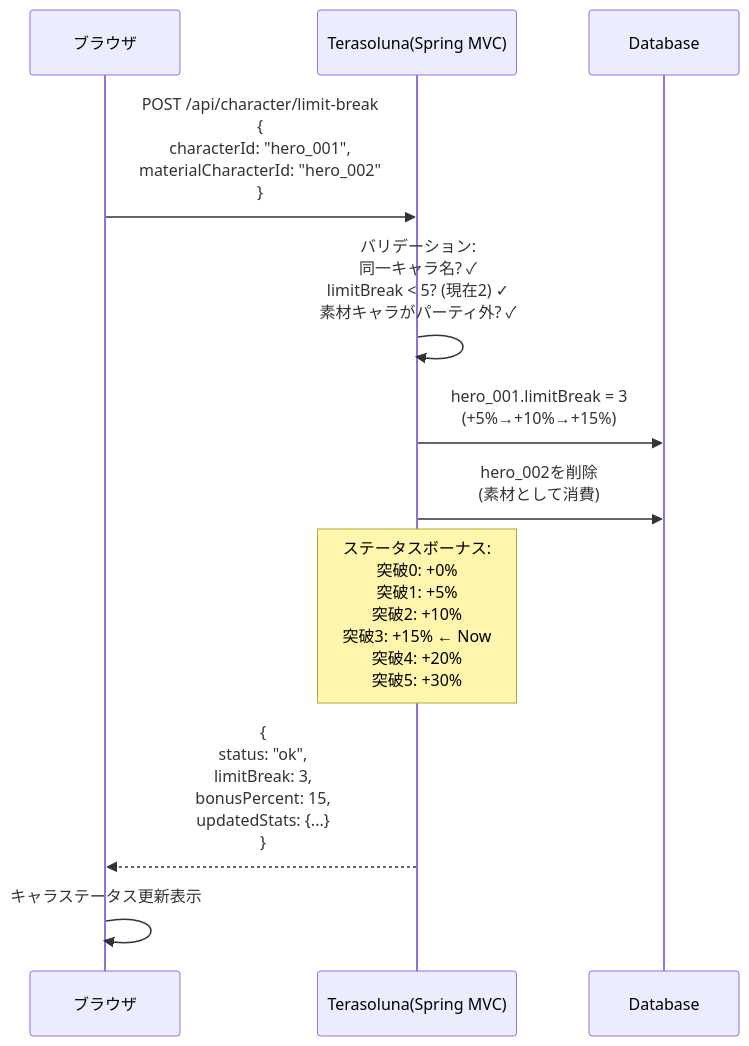
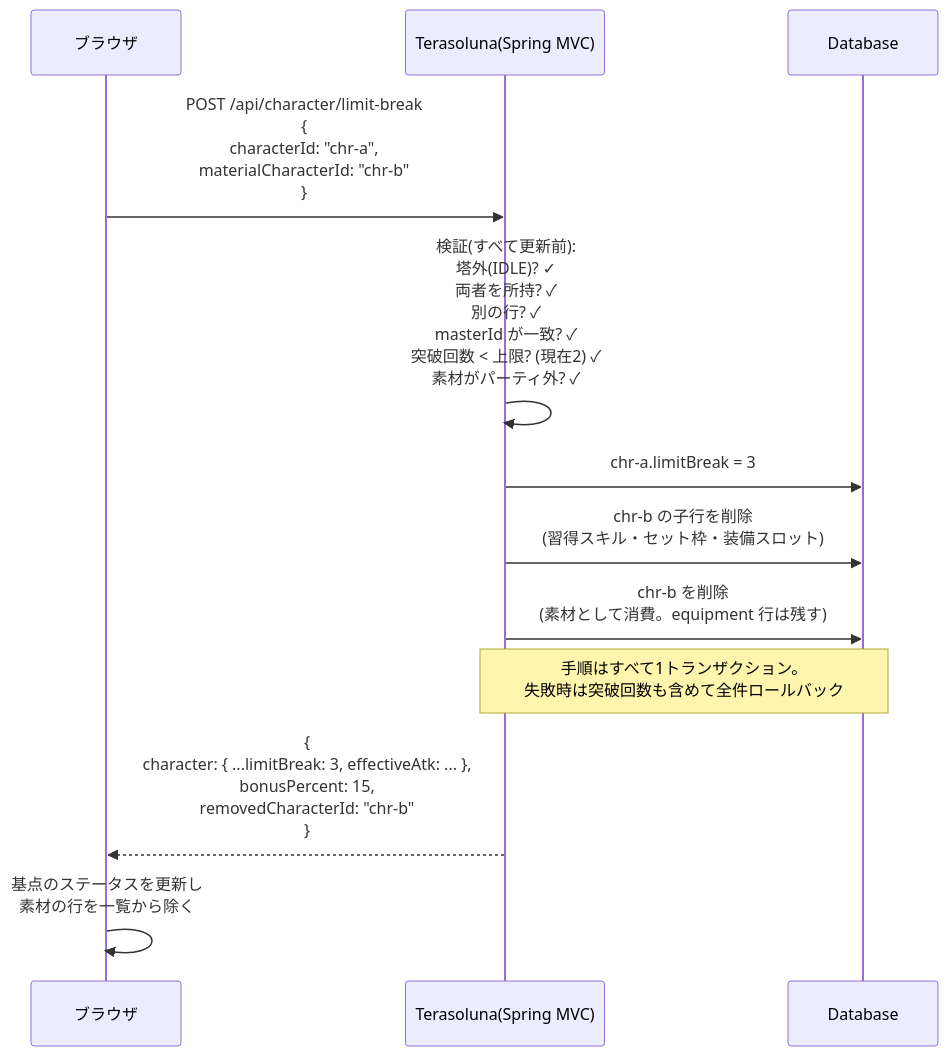
One commit to dateeee/2026_AFKGAME changed the third of 3 diagrams in docs/diagrams/api_sequence/character.md. Above: the diagram before and after it, drawn with Mermaid. The commit also changed other lines of this file and 9 other files, not shown here.

````diff
--- a/docs/diagrams/api_sequence/character.md
+++ b/docs/diagrams/api_sequence/character.md
@@ -70,20 +72,21 @@
 ```mermaid
 %%{init: {'theme': 'default', 'sequence': {'actorFontSize': 18, 'messageFontSize': 16, 'noteFontSize': 14}} }%%
 sequenceDiagram
     participant B as ブラウザ
     participant API as Terasoluna(Spring MVC)
     participant DB as Database
 
-    B->>API: POST /api/character/limit-break<br/>{<br/>  characterId: "hero_001",<br/>  materialCharacterId: "hero_002"<br/>}
+    B->>API: POST /api/character/limit-break<br/>{<br/>  characterId: "chr-a",<br/>  materialCharacterId: "chr-b"<br/>}
 
-    API->>API: バリデーション:<br/>同一キャラ名? ✓<br/>limitBreak < 5? (現在2) ✓<br/>素材キャラがパーティ外? ✓
+    API->>API: 検証(すべて更新前):<br/>塔外(IDLE)? ✓<br/>両者を所持? ✓<br/>別の行? ✓<br/>masterId が一致? ✓<br/>突破回数 < 上限? (現在2) ✓<br/>素材がパーティ外? ✓
 
-    API->>DB: hero_001.limitBreak = 3<br/>(+5%→+10%→+15%)
-    API->>DB: hero_002を削除<br/>(素材として消費)
+    API->>DB: chr-a.limitBreak = 3
+    API->>DB: chr-b の子行を削除<br/>(習得スキル・セット枠・装備スロット)
+    API->>DB: chr-b を削除<br/>(素材として消費。equipment 行は残す)
 
-    Note over API: ステータスボーナス:<br/>突破0: +0%<br/>突破1: +5%<br/>突破2: +10%<br/>突破3: +15% ← Now<br/>突破4: +20%<br/>突破5: +30%
+    Note over API,DB: 手順はすべて1トランザクション。<br/>失敗時は突破回数も含めて全件ロールバック
 
-    API-->>B: {<br/>  status: "ok",<br/>  limitBreak: 3,<br/>  bonusPercent: 15,<br/>  updatedStats: {...}<br/>}
+    API-->>B: {<br/>  character: { ...limitBreak: 3, effectiveAtk: ... },<br/>  bonusPercent: 15,<br/>  removedCharacterId: "chr-b"<br/>}
 
-    B->>B: キャラステータス更新表示
+    B->>B: 基点のステータスを更新し<br/>素材の行を一覧から除く
 ```
````
